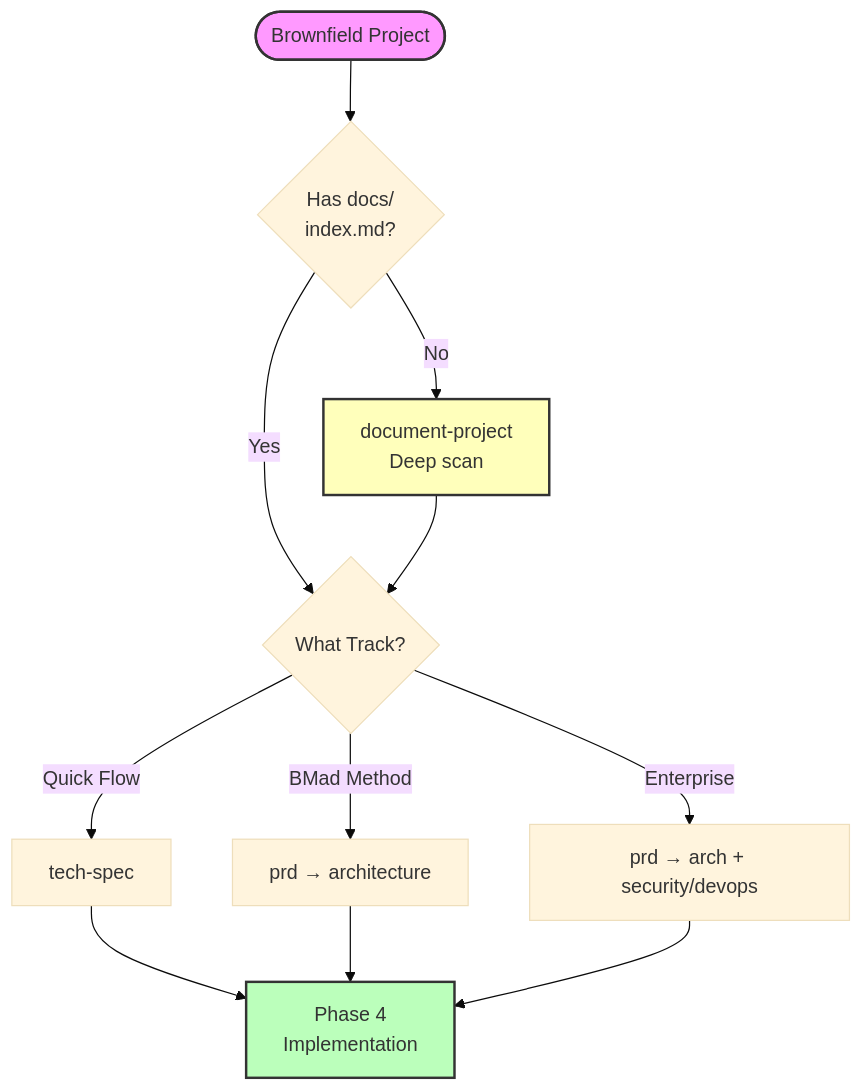
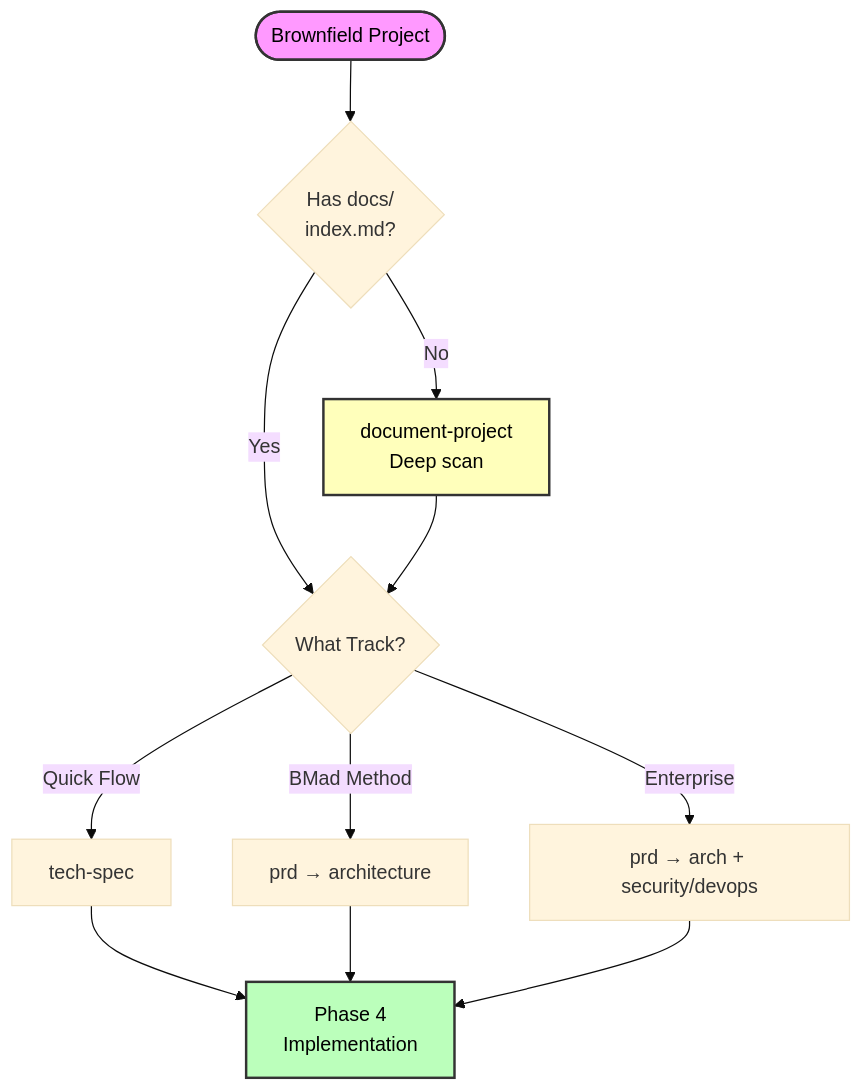
Before and after one commit to steven-d-pennington/symptom-tracker: the second of 2 diagrams in bmad/bmm/docs/brownfield-guide.md, drawn with Mermaid (base theme). The commit also changed other lines of this file and 204 other files, not shown here.

````diff
--- a/bmad/bmm/docs/brownfield-guide.md
+++ b/bmad/bmm/docs/brownfield-guide.md
@@ -690,23 +687,23 @@
 ```mermaid
 flowchart TD
     START([Brownfield Project])
     CHECK{Has docs/<br/>index.md?}
 
     START --> CHECK
     CHECK -->|No| DOC[document-project<br/>Deep scan]
     CHECK -->|Yes| TRACK{What Track?}
 
     DOC --> TRACK
 
     TRACK -->|Quick Flow| TS[tech-spec]
     TRACK -->|BMad Method| PRD[prd → architecture]
     TRACK -->|Enterprise| PRD2[prd → arch + security/devops]
 
     TS --> IMPL[Phase 4<br/>Implementation]
     PRD --> IMPL
     PRD2 --> IMPL
 
-    style START fill:#f9f,stroke:#333,stroke-width:2px
-    style DOC fill:#ffb,stroke:#333,stroke-width:2px
-    style IMPL fill:#bfb,stroke:#333,stroke-width:2px
+    style START fill:#f9f,stroke:#333,stroke-width:2px,color:#000
+    style DOC fill:#ffb,stroke:#333,stroke-width:2px,color:#000
+    style IMPL fill:#bfb,stroke:#333,stroke-width:2px,color:#000
 ```
````
